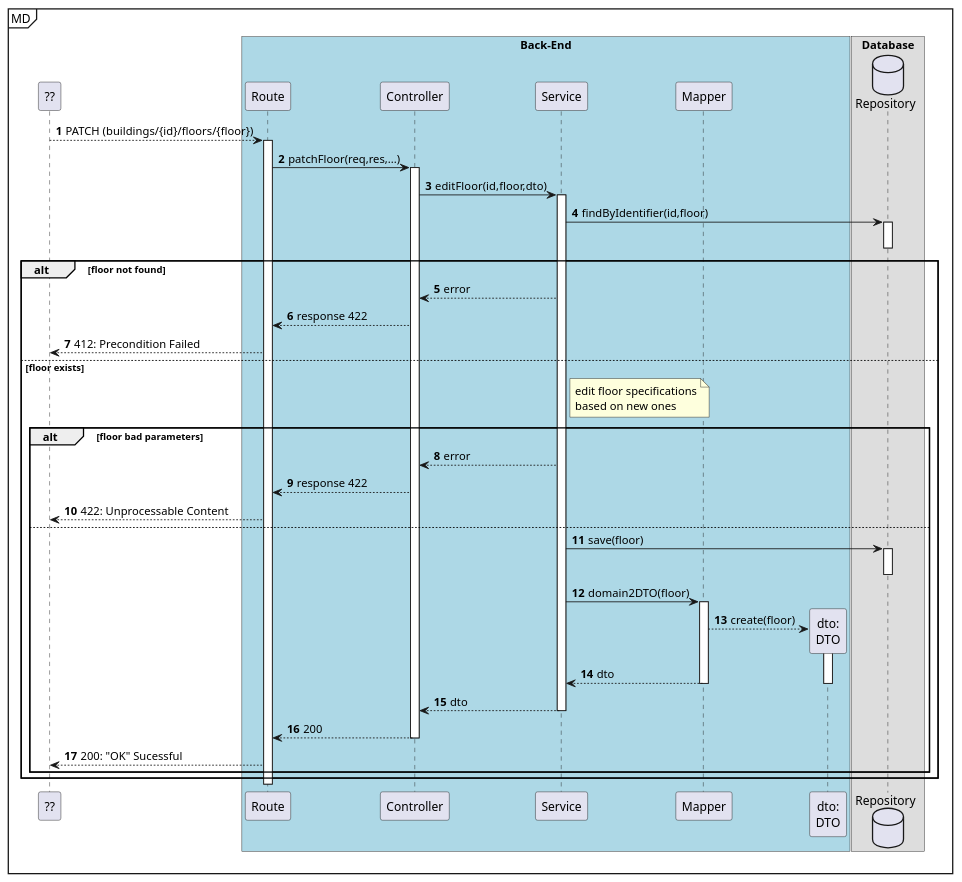
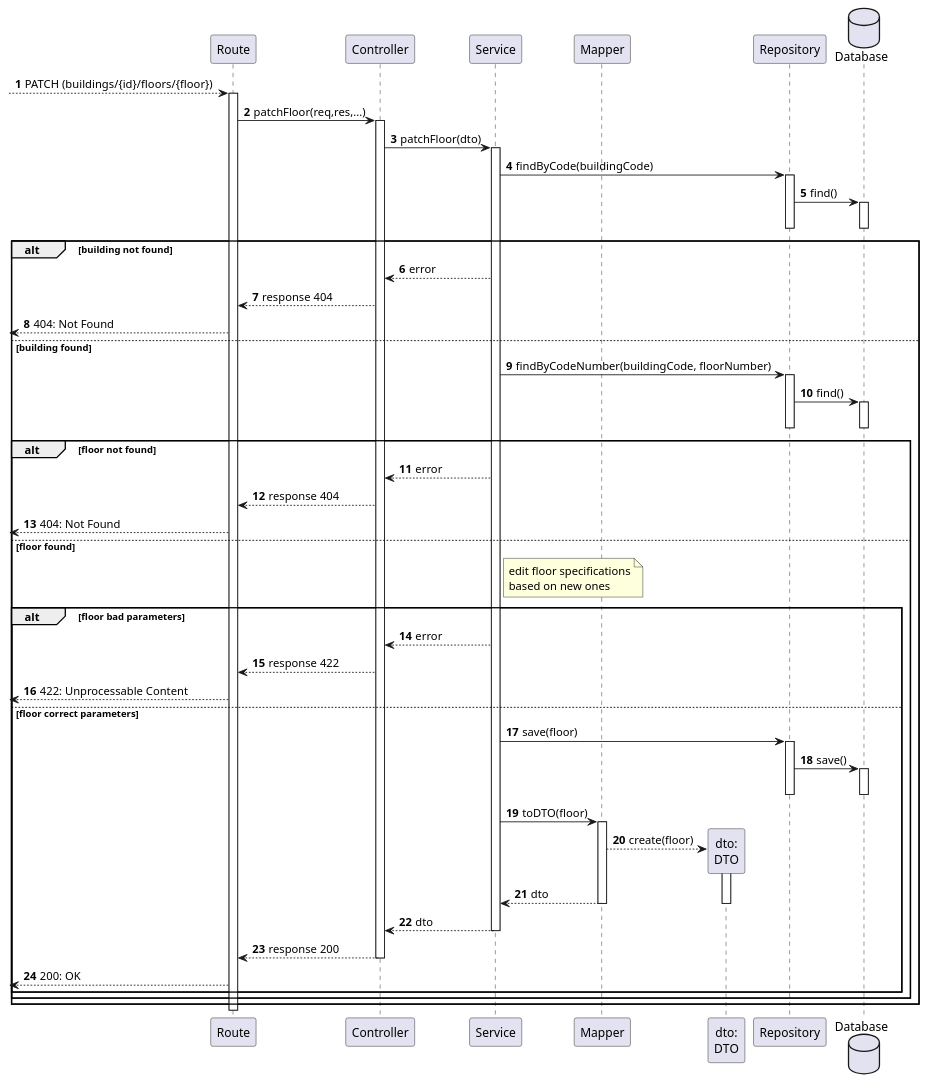
The diagram in docs/us200/level3/process-view-patch.puml (Departamento-de-Engenharia-Informatica/lapr5-23-24-g19), drawn with PlantUML before and after one commit. The commit also changed 5 other files, not shown here.

Commit message:
docs(us200): updated level2 process view and class diagram

```diff
--- a/docs/us200/level3/process-view-patch.puml
+++ b/docs/us200/level3/process-view-patch.puml
@@ -1,77 +1,80 @@
 @startuml
 autonumber
 
-participant "??" as ui
 
-mainframe MD
-box "Back-End" #LightBlue
 participant "Route" as r
 participant "Controller" as ctrl
 participant "Service" as svc
 
 
 participant "Mapper" as map
 participant "dto:\nDTO" as dto
-end box
 
-box "Database"
-database "Repository" as repo
-'participant "floor:\nFloor" as e
-end box
+participant "Repository" as repo
+database "Database" as db
 
-ui --> r: PATCH (buildings/{id}/floors/{floor})
-    activate r
-            r -> ctrl : patchFloor(req,res,...)
-                activate ctrl
-                    ctrl -> svc : editFloor(id,floor,dto)
-                    activate svc
-                        svc -> repo : findByIdentifier(id,floor)
-                        activate repo
-                            'repo --> e **: create()
-                        deactivate repo
+[--> r: PATCH (buildings/{id}/floors/{floor})
+activate r
+    r -> ctrl : patchFloor(req,res,...)
+        activate ctrl
+            ctrl -> svc : patchFloor(dto)
+            activate svc
+                svc -> repo : findByCode(buildingCode)
+                activate repo
+                    repo -> db : find()
+                    activate db
+                    deactivate db
+                deactivate repo
 
-                        alt floor not found
-                            svc --> ctrl : error
-                            ctrl --> r : response 422
-                            ui <--r : 412: Precondition Failed
-                        else floor exists
+                alt building not found
+                    svc --> ctrl : error
+                    ctrl --> r : response 404
+                    [<--r : 404: Not Found
+                else building found
+                    svc -> repo : findByCodeNumber(buildingCode, floorNumber)
+                    activate repo
+                        repo -> db : find()
+                        activate db
+                        deactivate db
+                    deactivate repo
 
-                            note right of svc
-                                edit floor specifications
-                                based on new ones
-                            end note
-
+                    alt floor not found
+                        svc --> ctrl : error
+                        ctrl --> r : response 404
+                        [<--r : 404: Not Found
+                    else floor found
+                        note right of svc
+                            edit floor specifications
+                            based on new ones
+                        end note
 
                         alt floor bad parameters
                             svc --> ctrl : error
                             ctrl --> r : response 422
-                            ui <--r : 422: Unprocessable Content
-                        else
-                           svc -> repo : save(floor)
-                           activate repo
-                           deactivate repo
+                            [<--r : 422: Unprocessable Content
+                        else floor correct parameters
+                            svc -> repo : save(floor)
+                            activate repo
+                                repo -> db : save()
+                                activate db
+                                deactivate db
+                            deactivate repo
 
-                        svc -> map : domain2DTO(floor)
-                        activate map
-                            map --> dto **: create(floor)
-                            activate dto
-
-                            map --> svc : dto
-                            deactivate dto
-                        deactivate map
-
-                        svc --> ctrl : dto
-                    deactivate svc
-
-                    ctrl --> r : 200
+                            svc -> map : toDTO(floor)
+                            activate map
+                                map --> dto **: create(floor)
+                                activate dto
+                                    map --> svc : dto
+                                deactivate dto
+                            deactivate map
+                            svc --> ctrl : dto
+                        deactivate svc
+                    ctrl --> r : response 200
                 deactivate ctrl
-
-
-
-
-        ui <--r: 200: "OK" Sucessful
+                [<--r: 200: OK
+            end
         end
-     end
-    deactivate r
+    end
+deactivate r
 
 @enduml
```
